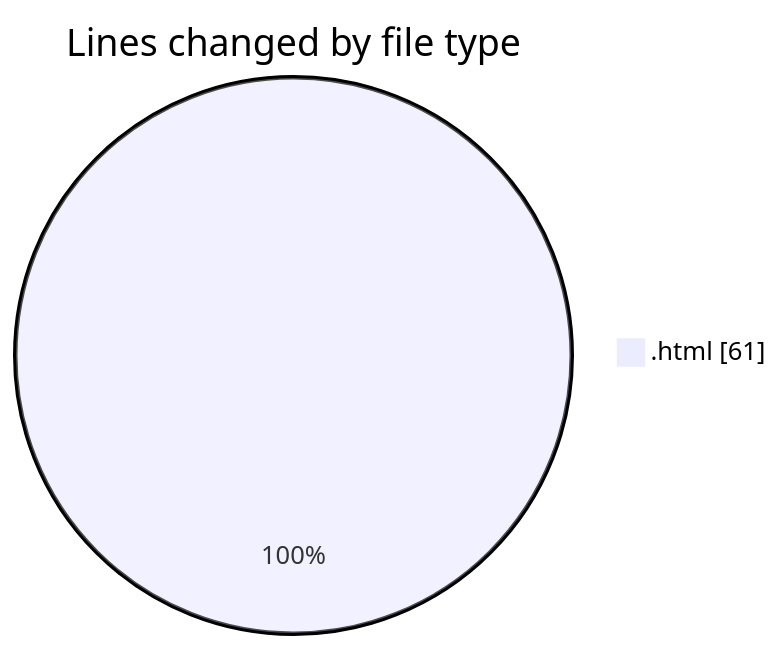
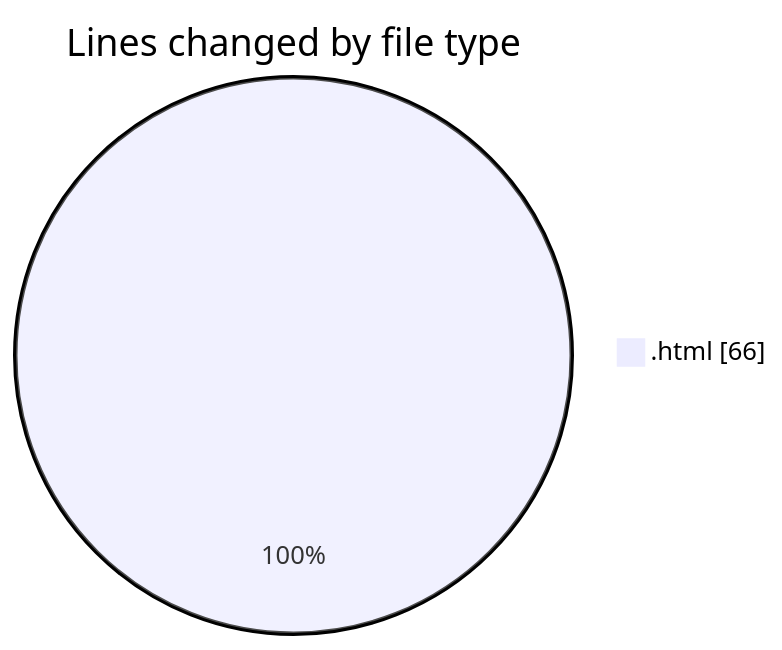
One commit to ecomensa/code-tracking changed the first of 2 diagrams in 2025-03-21/opload_for_tags_01/README.md. Above: the diagram before and after it, drawn with Mermaid. The commit also changed other lines of this file and 1 other file, not shown here.

````diff
--- a/2025-03-21/opload_for_tags_01/README.md
+++ b/2025-03-21/opload_for_tags_01/README.md
@@ -20,5 +20,5 @@
 ```mermaid
 pie showData
 title Lines changed by file type
-".html" : 61
+".html" : 66
 ```
````
